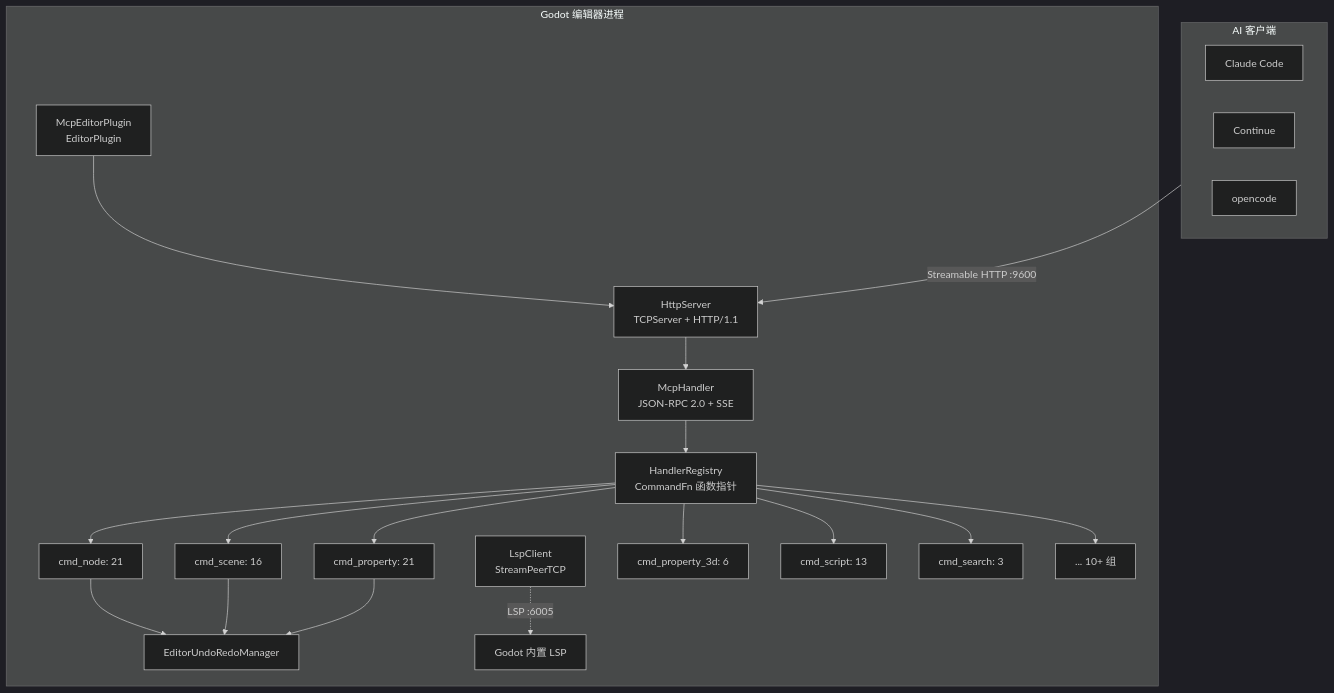
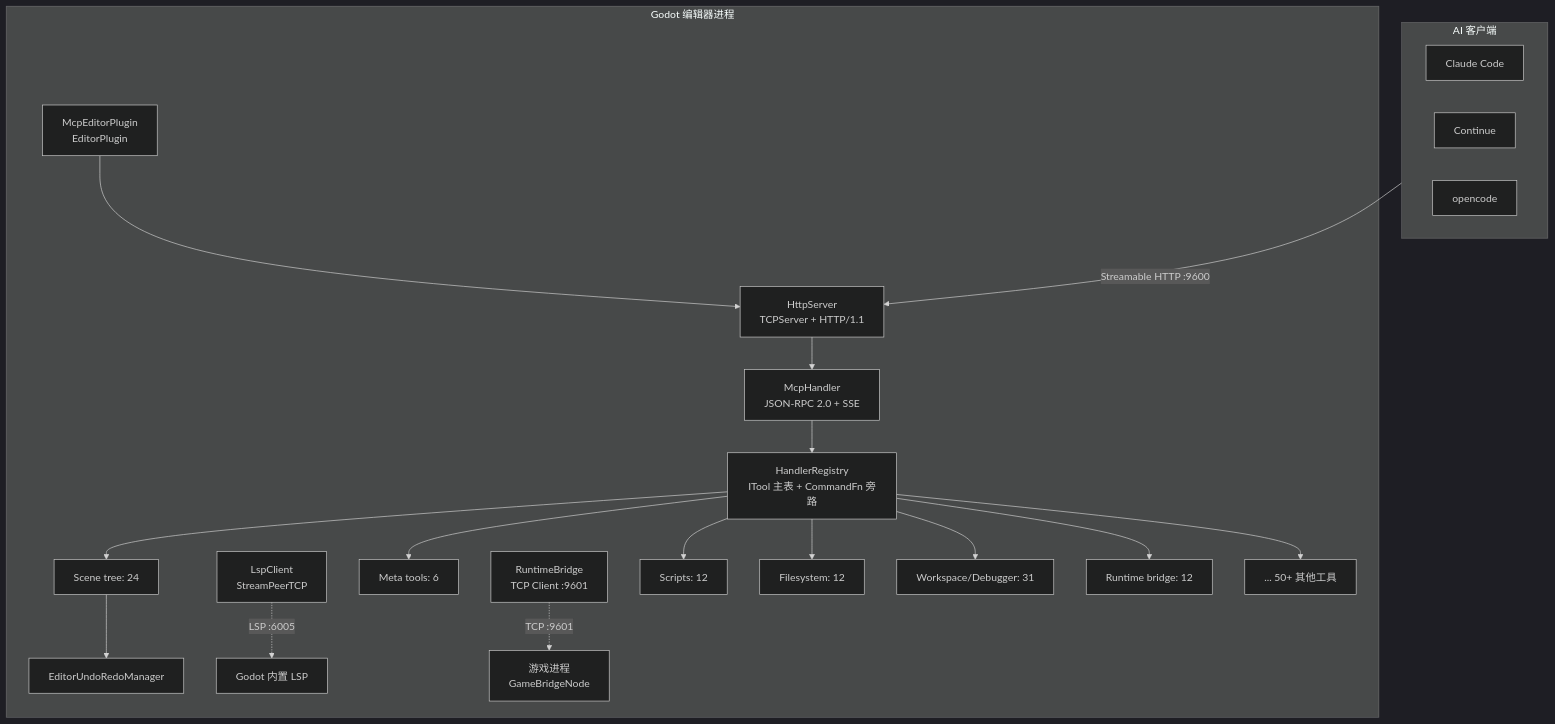
One commit to jesspig/GodotMCP-GDExtension changed the first of 4 diagrams in docs/zh/guide/architecture.md. Above: the diagram before and after it, drawn with Mermaid (dark theme). The commit also changed other lines of this file and 18 other files, not shown here.

````diff
--- a/docs/zh/guide/architecture.md
+++ b/docs/zh/guide/architecture.md
@@ -5,35 +5,35 @@
 ```mermaid
 graph TB
     subgraph AI_CLIENT["AI 客户端"]
         CC[Claude Code]
         CO[Continue]
         OC[opencode]
     end
 
     subgraph GODOT["Godot 编辑器进程"]
         EP[McpEditorPlugin<br/>EditorPlugin]
         HS[HttpServer<br/>TCPServer + HTTP/1.1]
         MH[McpHandler<br/>JSON-RPC 2.0 + SSE]
-        HR[HandlerRegistry<br/>CommandFn 函数指针]
+        HR[HandlerRegistry<br/>ITool 主表 + CommandFn 旁路]
         LC[LspClient<br/>StreamPeerTCP]
         EU[EditorUndoRedoManager]
+        RB[RuntimeBridge<br/>TCP Client :9601]
 
         EP --> HS
         HS --> MH
         MH --> HR
         LC -.->|LSP :6005| GodotLSP[Godot 内置 LSP]
+        RB -.->|TCP :9601| GameProcess[游戏进程<br/>GameBridgeNode]
 
-        HR --> cmd_node[cmd_node: 21]
-        HR --> cmd_scene[cmd_scene: 16]
-        HR --> cmd_prop[cmd_property: 21]
-        HR --> cmd_prop3d[cmd_property_3d: 6]
-        HR --> cmd_script[cmd_script: 13]
-        HR --> cmd_search[cmd_search: 3]
-        HR --> cmd_other[... 10+ 组]
+        HR --> tools_meta[Meta tools: 6]
+        HR --> tools_scene[Scene tree: 24]
+        HR --> tools_script[Scripts: 12]
+        HR --> tools_fs[Filesystem: 12]
+        HR --> tools_workspace[Workspace/Debugger: 31]
+        HR --> tools_runtime[Runtime bridge: 12]
+        HR --> tools_other[... 50+ 其他工具]
     end
 
     AI_CLIENT -- "Streamable HTTP :9600" --> HS
-    cmd_node --> EU
-    cmd_scene --> EU
-    cmd_prop --> EU
+    tools_scene --> EU
 ```
````
